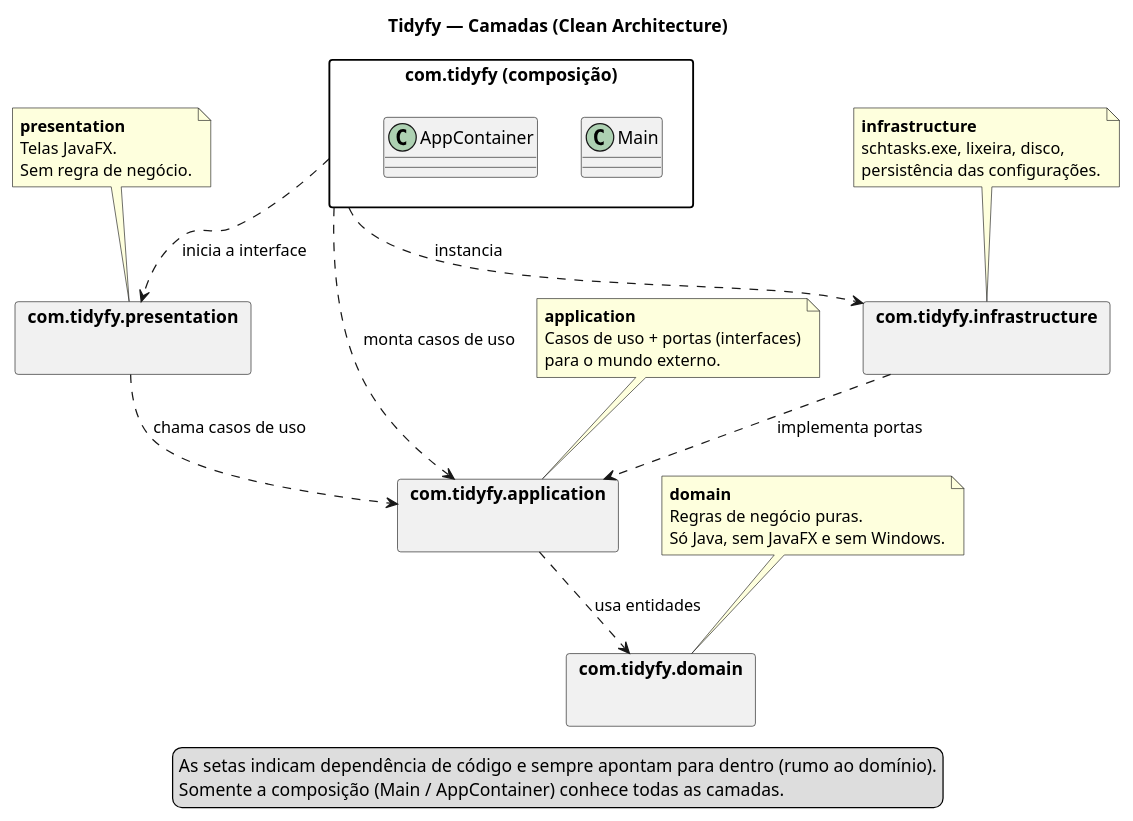
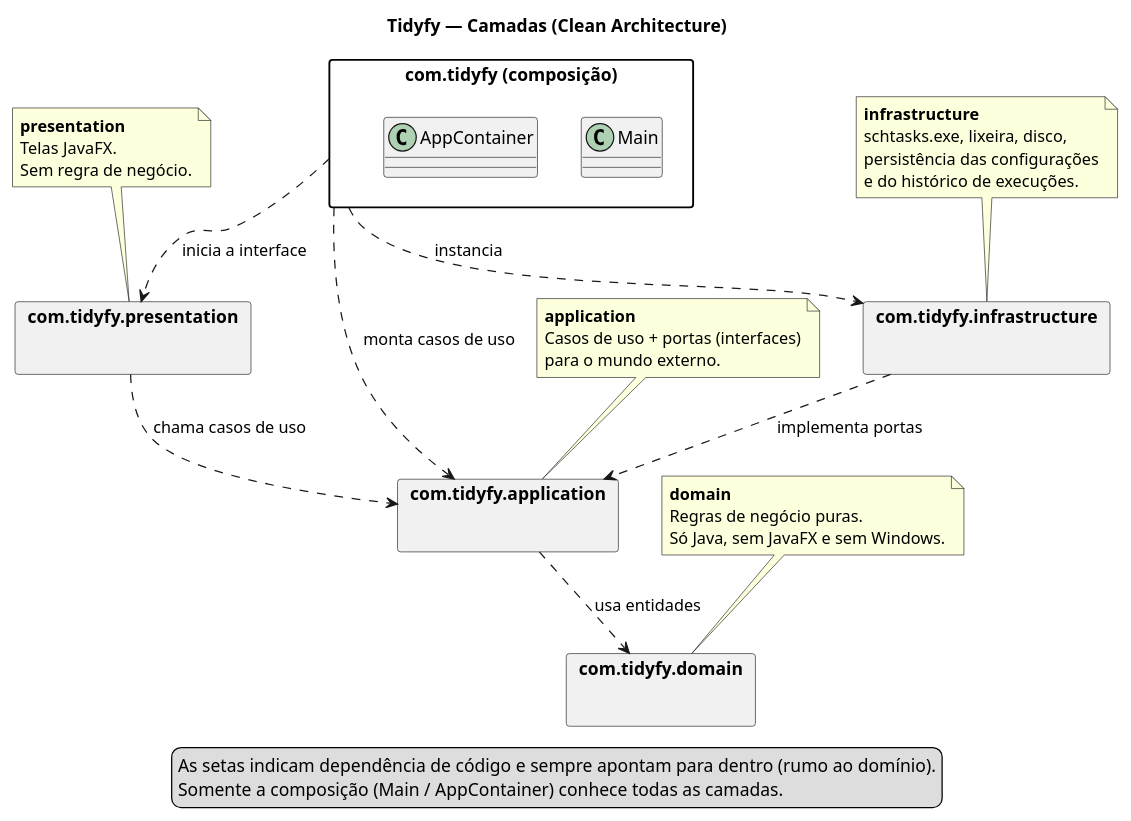
Before and after one commit to VitorLopesV/tidyfy: the diagram in docs/diagrams/01-layers.puml, drawn with PlantUML. The commit also changed 4 other files, not shown here.

Commit message:
docs: atualiza os diagramas com as novas regras

```diff
--- a/docs/diagrams/01-layers.puml
+++ b/docs/diagrams/01-layers.puml
@@ -1,65 +1,66 @@
 @startuml layers
 title Tidyfy — Camadas (Clean Architecture)
 
 skinparam shadowing false
 skinparam packageStyle rectangle
 set namespaceSeparator none
 
 package "com.tidyfy (composição)" as bootstrap {
   class Main
   class AppContainer
 }
 
 package "com.tidyfy.presentation" as presentation {
 }
 
 package "com.tidyfy.infrastructure" as infrastructure {
 }
 
 package "com.tidyfy.application" as application {
 }
 
 package "com.tidyfy.domain" as domain {
 }
 
 bootstrap ..> presentation : inicia a interface
 bootstrap ..> infrastructure : instancia
 bootstrap ..> application : monta casos de uso
 presentation ..> application : chama casos de uso
 infrastructure ..> application : implementa portas
 application ..> domain : usa entidades
 
 note as NDomain
   <b>domain</b>
   Regras de negócio puras.
   Só Java, sem JavaFX e sem Windows.
 end note
 NDomain .. domain
 
 note as NApplication
   <b>application</b>
   Casos de uso + portas (interfaces)
   para o mundo externo.
 end note
 NApplication .. application
 
 note as NInfrastructure
   <b>infrastructure</b>
   schtasks.exe, lixeira, disco,
-  persistência das configurações.
+  persistência das configurações
+  e do histórico de execuções.
 end note
 NInfrastructure .. infrastructure
 
 note as NPresentation
   <b>presentation</b>
   Telas JavaFX.
   Sem regra de negócio.
 end note
 NPresentation .. presentation
 
 legend bottom
   As setas indicam dependência de código e sempre apontam para dentro (rumo ao domínio).
   Somente a composição (Main / AppContainer) conhece todas as camadas.
 endlegend
 
 @enduml
```
